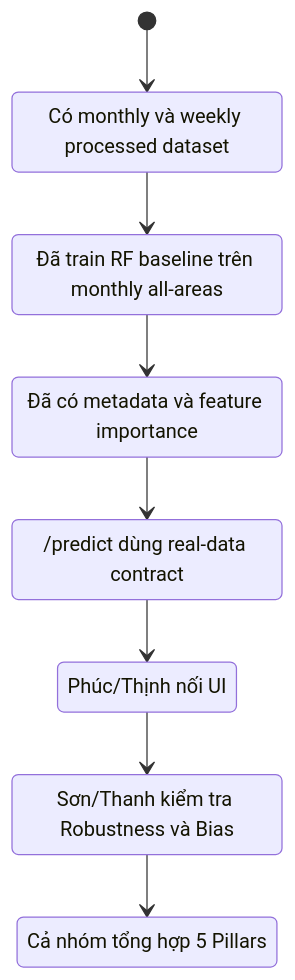
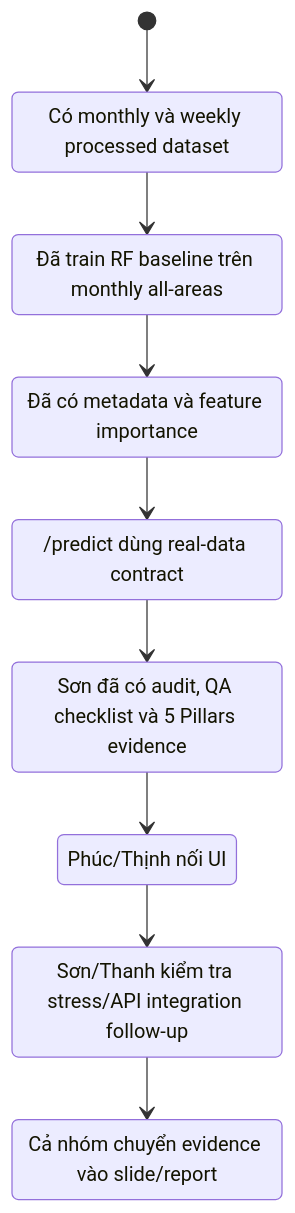
The sixth of 7 diagrams in docs/discussions/2026-05-13-team-data-flow-roadmap.md (uit-25730067-chithanh/AI002-Team22-DT10), drawn with Mermaid before and after one commit. The commit also changed other lines of this file and 3 other files, not shown here.

First line of the commit message:
docs: sync roadmap with Son evaluation pack

````diff
--- a/docs/discussions/2026-05-13-team-data-flow-roadmap.md
+++ b/docs/discussions/2026-05-13-team-data-flow-roadmap.md
@@ -151,18 +152,20 @@
 ```mermaid
 stateDiagram-v2
     [*] --> DaCoDataProcessed
     DaCoDataProcessed --> DaTrainBaseline
     DaTrainBaseline --> DaCoBestModel
     DaCoBestModel --> DaCapNhatAPI
-    DaCapNhatAPI --> ChoFrontendNoiAPI
-    ChoFrontendNoiAPI --> ChoStressTest
-    ChoStressTest --> ChoBaoCao
+    DaCapNhatAPI --> DaCoEvaluationPack
+    DaCoEvaluationPack --> ChoFrontendNoiAPI
+    ChoFrontendNoiAPI --> ChoStressTestAPI
+    ChoStressTestAPI --> ChoBaoCao
 
     DaCoDataProcessed: Có monthly và weekly processed dataset
     DaTrainBaseline: Đã train RF baseline trên monthly all-areas
     DaCoBestModel: Đã có metadata và feature importance
     DaCapNhatAPI: /predict dùng real-data contract
+    DaCoEvaluationPack: Sơn đã có audit, QA checklist và 5 Pillars evidence
     ChoFrontendNoiAPI: Phúc/Thịnh nối UI
-    ChoStressTest: Sơn/Thanh kiểm tra Robustness và Bias
-    ChoBaoCao: Cả nhóm tổng hợp 5 Pillars
+    ChoStressTestAPI: Sơn/Thanh kiểm tra stress/API integration follow-up
+    ChoBaoCao: Cả nhóm chuyển evidence vào slide/report
 ```
````
